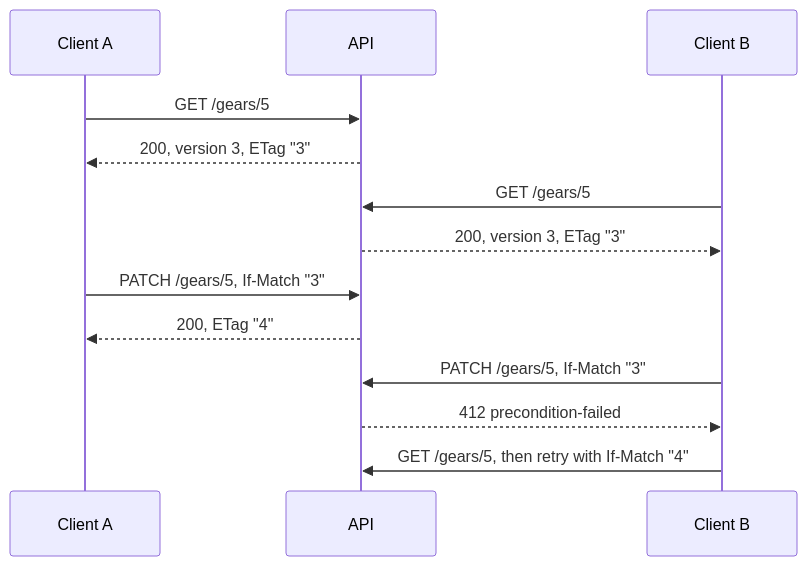
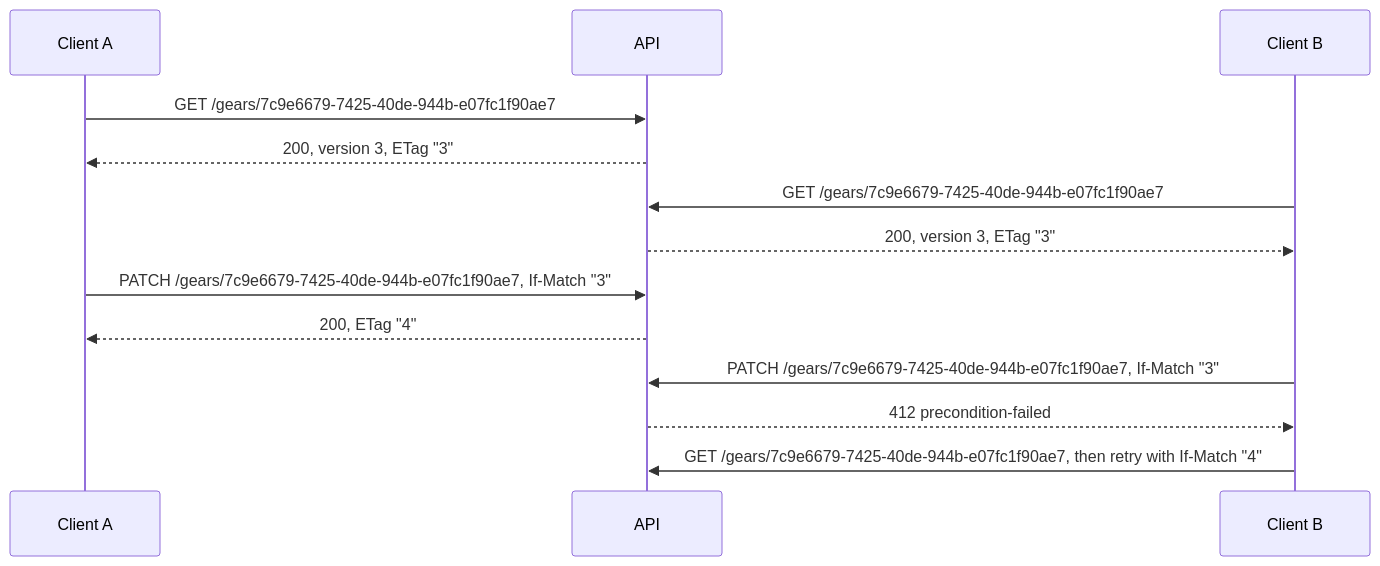
The diagram in docs/integrate/errors-and-limits.md (endurain-project/endurain), drawn with Mermaid before and after one commit. The commit also changed other lines of this file and 75 other files, not shown here.

````diff
--- a/docs/integrate/errors-and-limits.md
+++ b/docs/integrate/errors-and-limits.md
@@ -70,15 +70,15 @@
 ```mermaid
 sequenceDiagram
     participant A as Client A
     participant API
     participant B as Client B
-    A->>API: GET /gears/5
+    A->>API: GET /gears/7c9e6679-7425-40de-944b-e07fc1f90ae7
     API-->>A: 200, version 3, ETag "3"
-    B->>API: GET /gears/5
+    B->>API: GET /gears/7c9e6679-7425-40de-944b-e07fc1f90ae7
     API-->>B: 200, version 3, ETag "3"
-    A->>API: PATCH /gears/5, If-Match "3"
+    A->>API: PATCH /gears/7c9e6679-7425-40de-944b-e07fc1f90ae7, If-Match "3"
     API-->>A: 200, ETag "4"
-    B->>API: PATCH /gears/5, If-Match "3"
+    B->>API: PATCH /gears/7c9e6679-7425-40de-944b-e07fc1f90ae7, If-Match "3"
     API-->>B: 412 precondition-failed
-    B->>API: GET /gears/5, then retry with If-Match "4"
+    B->>API: GET /gears/7c9e6679-7425-40de-944b-e07fc1f90ae7, then retry with If-Match "4"
 ```
````
